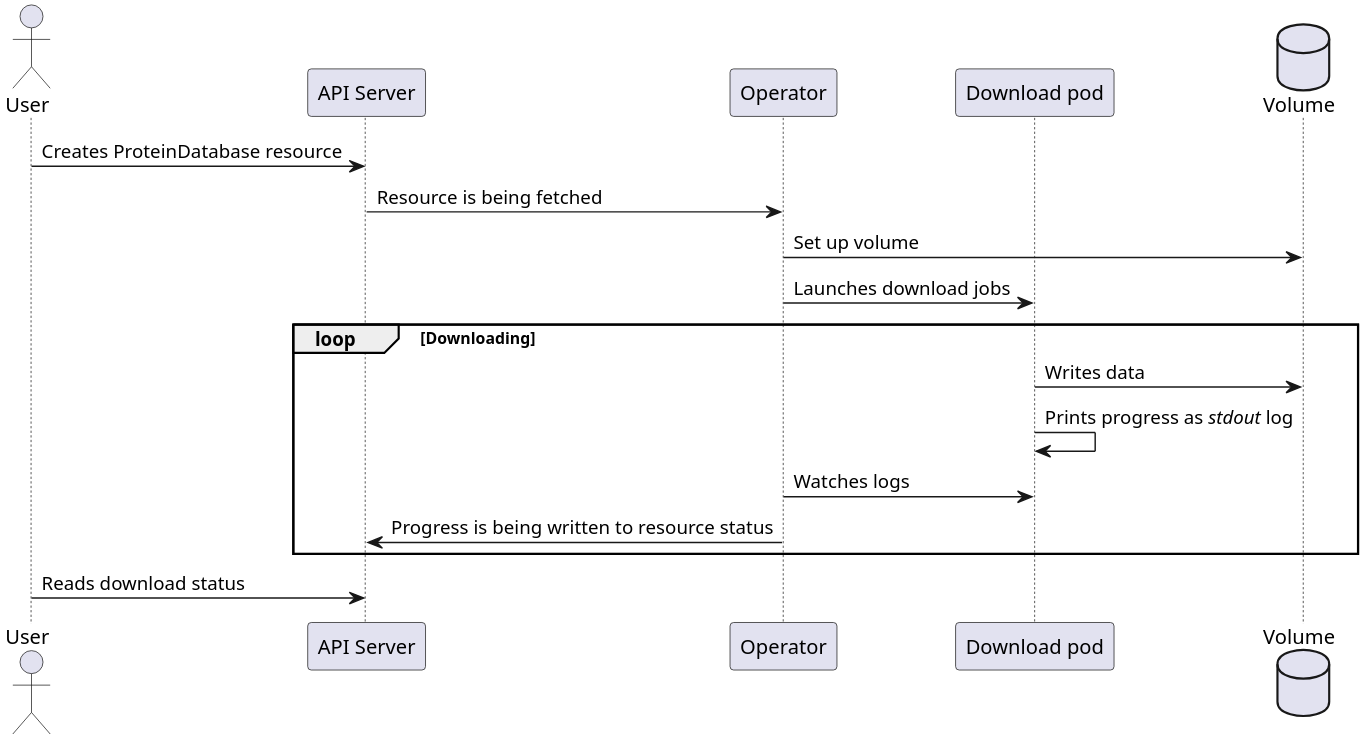
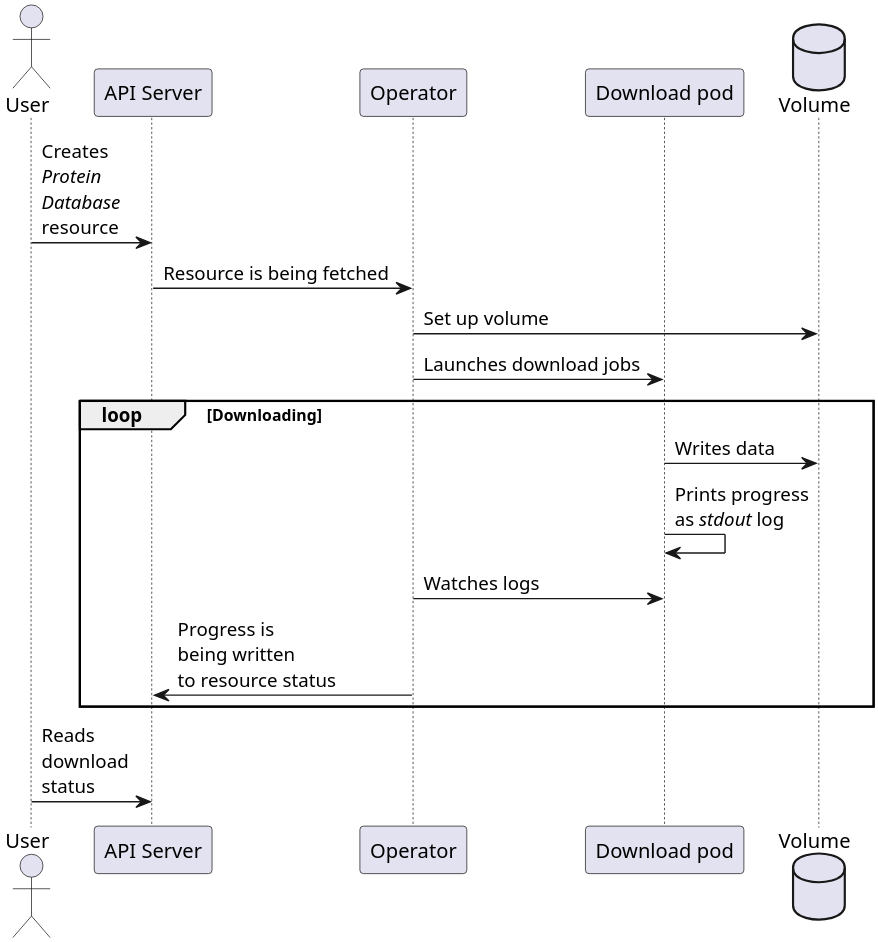
Before and after one commit to kubefold/thesis-text: the diagram in uml/proteindatabase_controller.puml, drawn with PlantUML. The commit also changed 3 other files, not shown here.

Commit message:
fix: improve formatting and readability in UML sequence diagrams

```diff
--- a/uml/proteindatabase_controller.puml
+++ b/uml/proteindatabase_controller.puml
@@ -1,22 +1,22 @@
 @startuml
 
 skinparam dpi 300
 actor User as user
 participant "API Server" as api
 participant Operator as operator
 participant "Download pod" as pod
 database "Volume" as volume
 
-user -> api : Creates ProteinDatabase resource
+user -> api : Creates\n//Protein//\n//Database//\nresource
 api -> operator : Resource is being fetched
 operator -> volume : Set up volume
 operator -> pod : Launches download jobs
 loop Downloading
 pod -> volume : Writes data
-pod -> pod : Prints progress as //stdout// log
+pod -> pod : Prints progress\nas //stdout// log
 operator -> pod : Watches logs
-operator -> api : Progress is being written to resource status
+operator -> api : Progress is\nbeing written\nto resource status
 end
-user -> api : Reads download status
+user -> api : Reads\ndownload\nstatus
 
 @enduml
```
